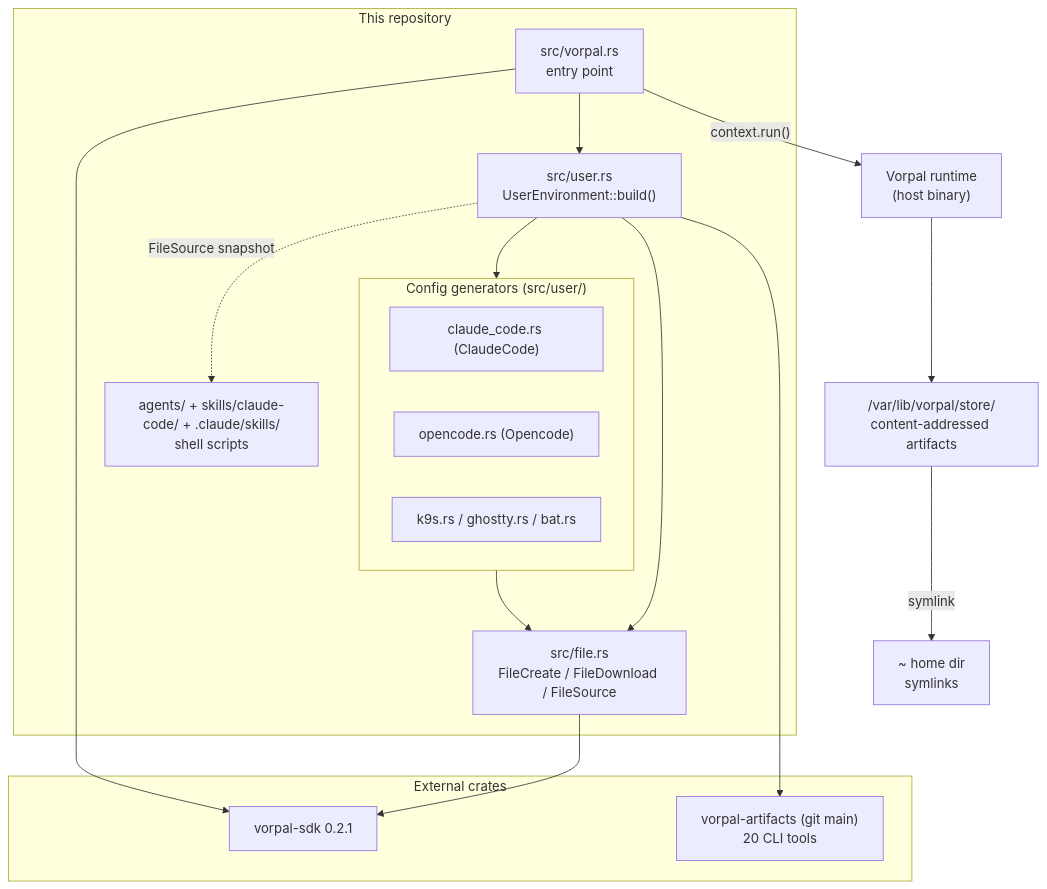
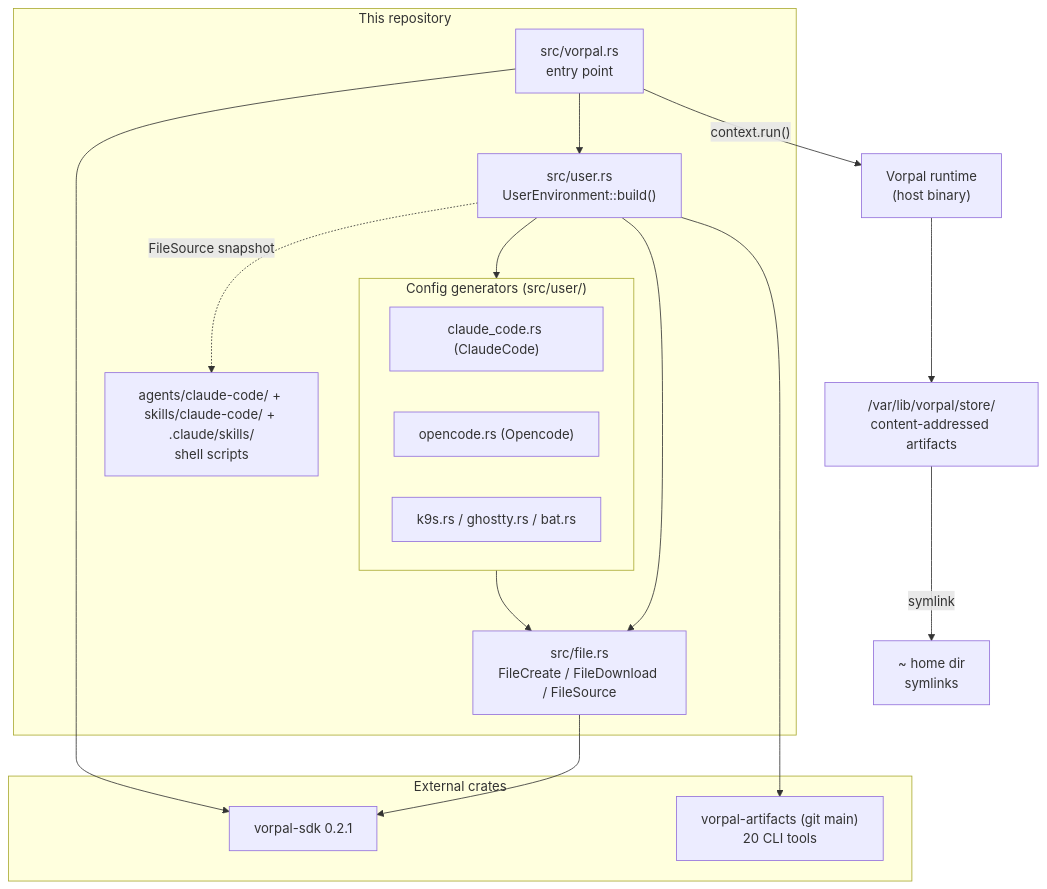
Before and after one commit to ALT-F4-LLC/dotfiles.vorpal: the first of 2 diagrams in docs/spec/architecture.md, drawn with Mermaid. The commit also changed other lines of this file and 29 other files, not shown here.

Commit message:
Move Claude Code agents under scoped directory

````diff
--- a/docs/spec/architecture.md
+++ b/docs/spec/architecture.md
@@ -80,35 +80,35 @@
 ```mermaid
 graph TD
     subgraph repo["This repository"]
         VR["src/vorpal.rs<br/>entry point"]
         UE["src/user.rs<br/>UserEnvironment::build()"]
         FP["src/file.rs<br/>FileCreate / FileDownload / FileSource"]
         subgraph gen["Config generators (src/user/)"]
             CC["claude_code.rs (ClaudeCode)"]
             OC["opencode.rs (Opencode)"]
             K9["k9s.rs / ghostty.rs / bat.rs"]
         end
-        PAYLOAD["agents/ + skills/claude-code/ + .claude/skills/<br/>shell scripts"]
+        PAYLOAD["agents/claude-code/ + skills/claude-code/ + .claude/skills/<br/>shell scripts"]
     end
 
     subgraph ext["External crates"]
         SDK["vorpal-sdk 0.2.1"]
         ARTS["vorpal-artifacts (git main)<br/>20 CLI tools"]
     end
 
     RT["Vorpal runtime<br/>(host binary)"]
     STORE["/var/lib/vorpal/store/<br/>content-addressed artifacts"]
     HOME["~ home dir<br/>symlinks"]
 
     VR --> UE
     UE --> FP
     UE --> gen
     gen --> FP
     UE --> ARTS
     UE -. "FileSource snapshot" .-> PAYLOAD
     FP --> SDK
     VR --> SDK
     VR -->|"context.run()"| RT
     RT --> STORE
     STORE -->|symlink| HOME
 ```
````
